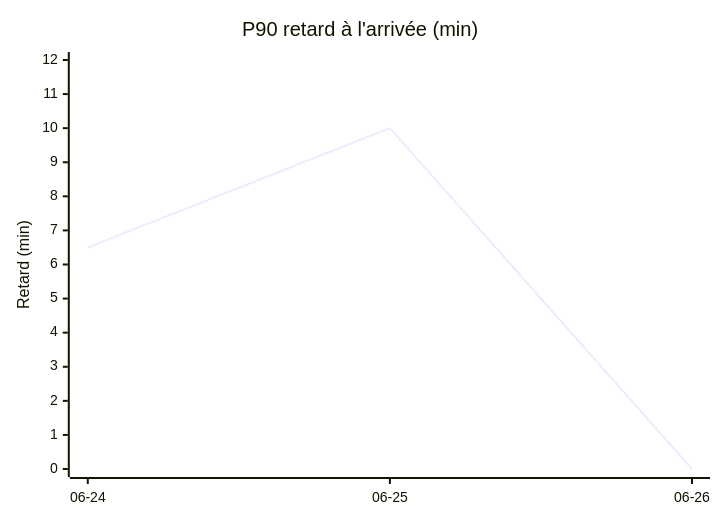
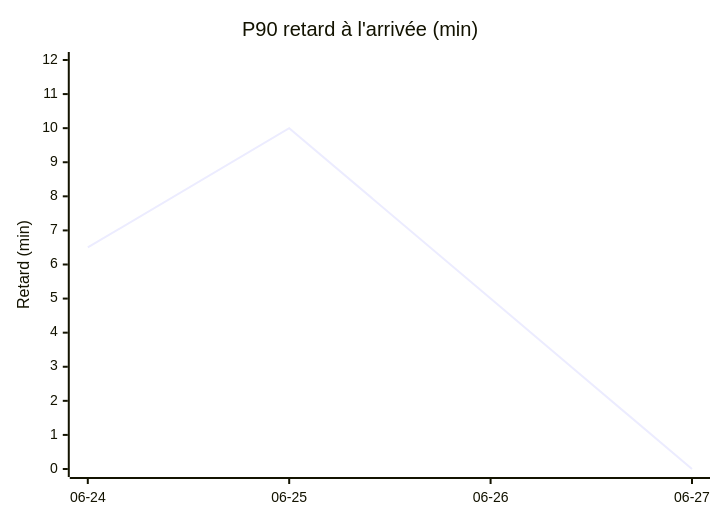
One commit to antoinerep/horaire-ter changed the first of 4 diagrams in STATS.md. Above: the diagram before and after it, drawn with Mermaid. The commit also changed other lines of this file and 1 other file, not shown here.

````diff
--- a/STATS.md
+++ b/STATS.md
@@ -29,7 +29,7 @@
 ```mermaid
 xychart-beta
     title "P90 retard à l'arrivée (min)"
-    x-axis ["06-24", "06-25", "06-26"]
+    x-axis ["06-24", "06-25", "06-26", "06-27"]
     y-axis "Retard (min)" 0 --> 12
-    line [6.5, 10.0, 0.0]
+    line [6.5, 10.0, 5.0, 0.0]
 ```
````
